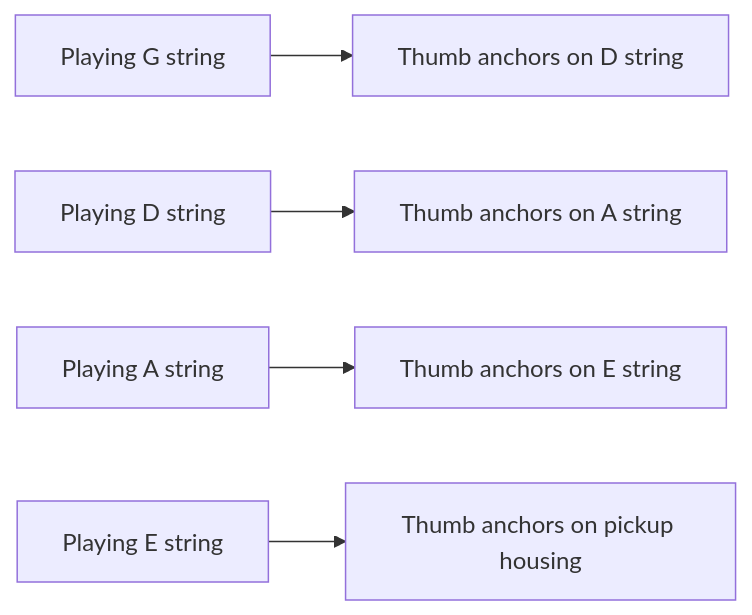
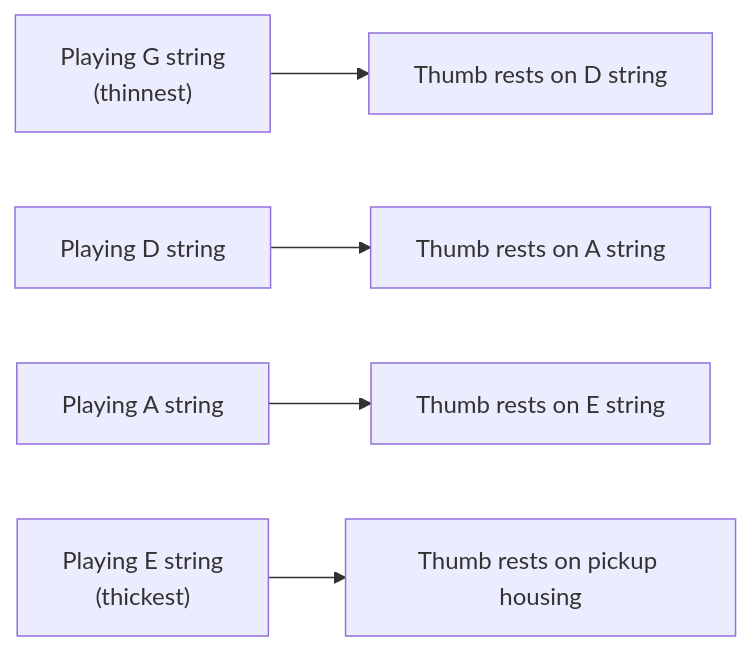
Before and after one commit to blebleblee/synapse: the second of 5 diagrams in topics/arts/music_performance/bass_guitar/labs.md, drawn with Mermaid. The commit also changed other lines of this file and 4 other files, not shown here.

````diff
--- a/topics/arts/music_performance/bass_guitar/labs.md
+++ b/topics/arts/music_performance/bass_guitar/labs.md
@@ -158,7 +194,7 @@
 ```mermaid
 graph LR
-    A["Playing G string"] --> B["Thumb anchors on D string"]
-    C["Playing D string"] --> D["Thumb anchors on A string"]
-    E["Playing A string"] --> F["Thumb anchors on E string"]
-    G["Playing E string"] --> H["Thumb anchors on pickup housing"]
+    A["Playing G string\n(thinnest)"] --> B["Thumb rests on D string"]
+    C["Playing D string"] --> D["Thumb rests on A string"]
+    E["Playing A string"] --> F["Thumb rests on E string"]
+    G["Playing E string\n(thickest)"] --> H["Thumb rests on pickup housing"]
 ```
````
